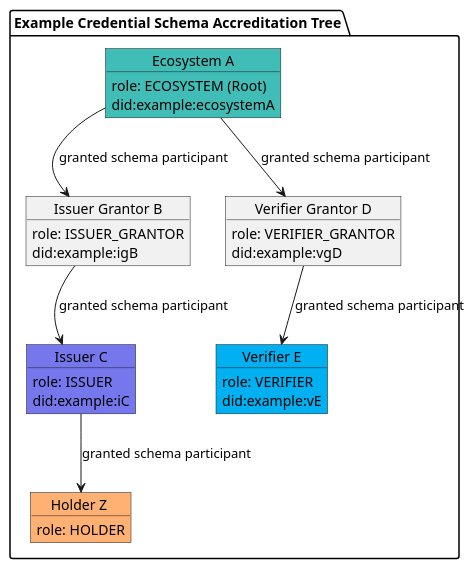
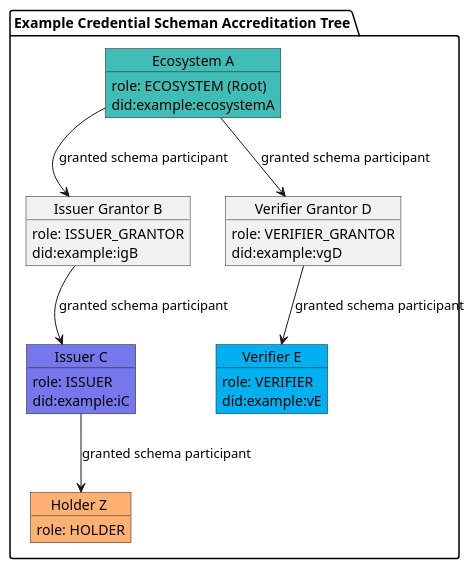
Before and after one commit to verana-labs/verifiable-trust-spec: the third of 6 diagrams in spec.md, drawn with PlantUML. The commit also changed other lines of this file, not shown here.

Commit message:
Grammar: an Accreditation, an excluded

````diff
--- a/spec.md
+++ b/spec.md
@@ -372,46 +372,46 @@
 ```plantuml
 
 @startuml
 scale max 800 width
  
-package "Example Credential Schema Accreditation Tree" as cs {
+package "Example Credential Scheman Accreditation Tree" as cs {
 
     object "Ecosystem A" as tr #3fbdb6 {
         role: ECOSYSTEM (Root)
         did:example:ecosystemA
     }
     object "Issuer Grantor B" as ig {
         role: ISSUER_GRANTOR
         did:example:igB
     }
     object "Issuer C" as issuer #7677ed  {
         role: ISSUER
         did:example:iC
     }
     object "Verifier Grantor D" as vg {
         role: VERIFIER_GRANTOR
         did:example:vgD
     }
     object "Verifier E" as verifier #00b0f0 {
         role: VERIFIER
         did:example:vE
     }
 
     object "Holder Z " as holder #FFB073 {
         role: HOLDER
     }
 }
 
 
 
 tr --> ig : granted schema participant
 ig --> issuer : granted schema participant
 
 tr --> vg : granted schema participant
 vg --> verifier : granted schema participant
 
 issuer --> holder: granted schema participant
 
 @enduml
 
 ```
````
